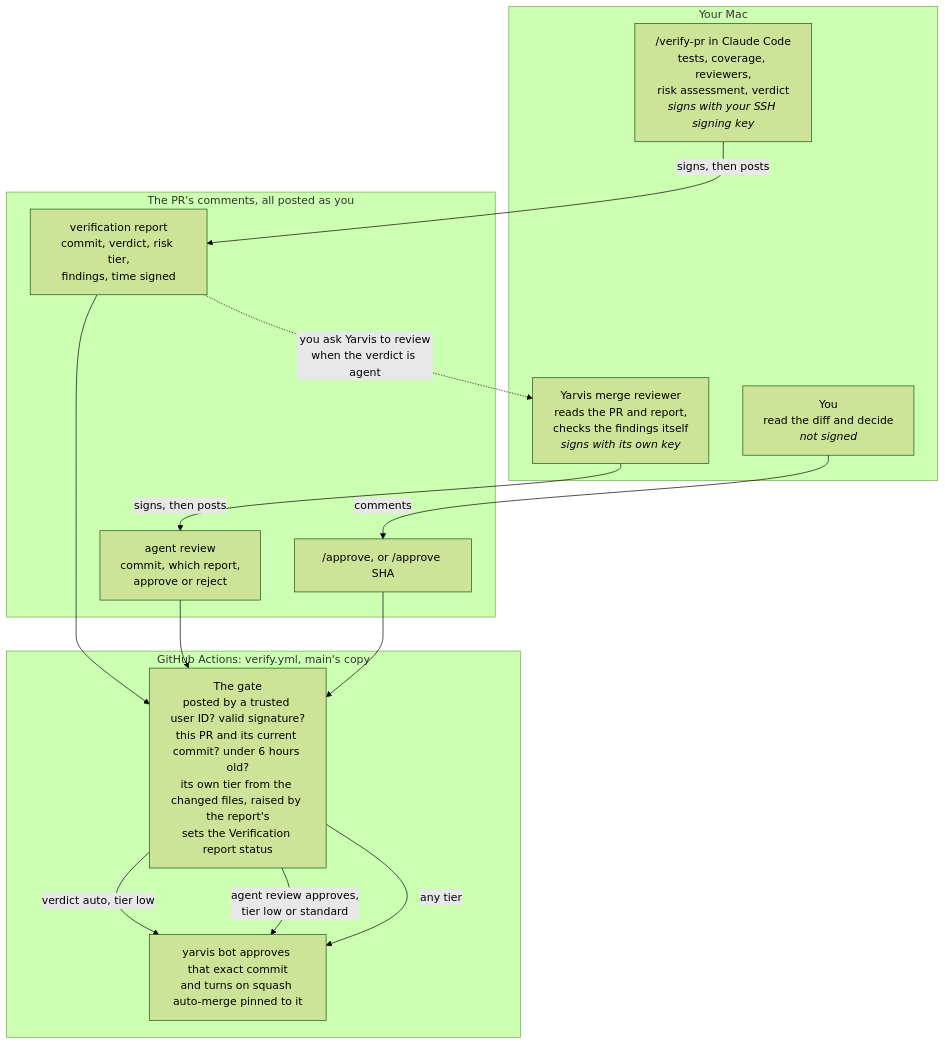
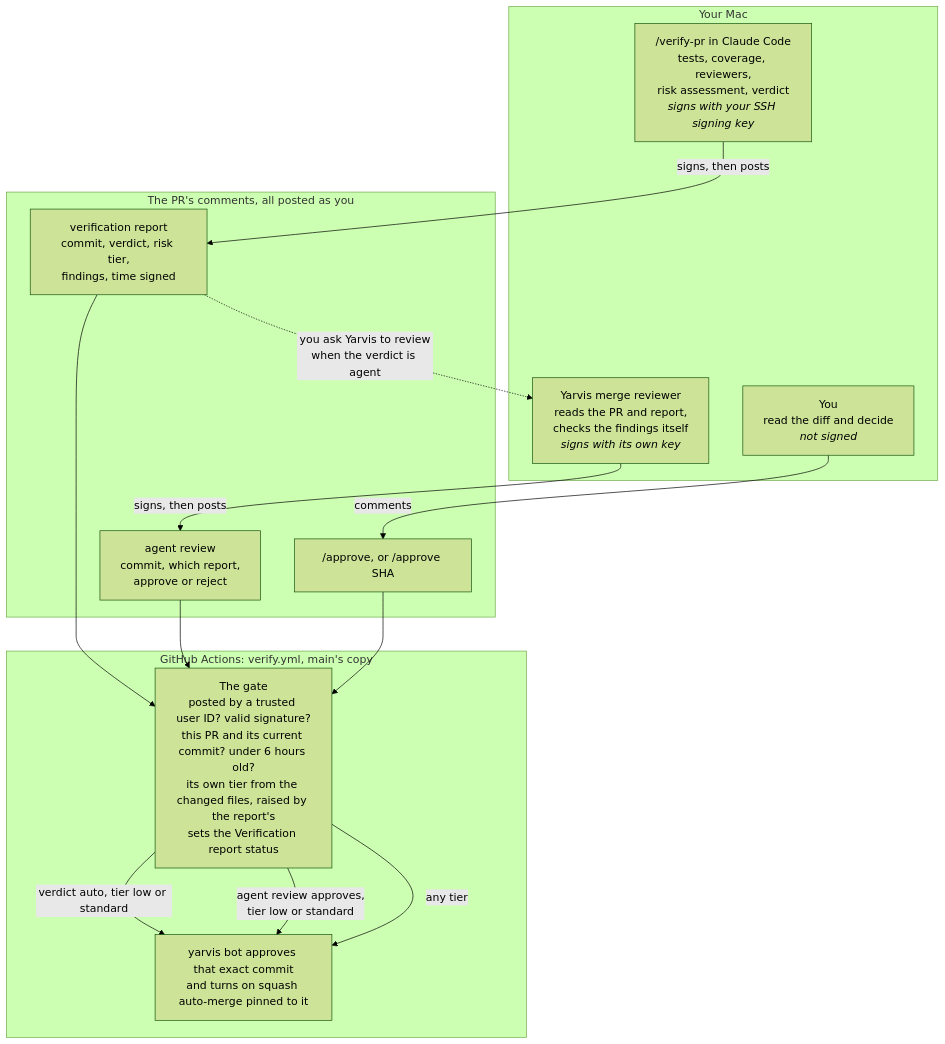
The diagram in docs/verification.md (bennettaur/yarvis), drawn with Mermaid (forest theme) before and after one commit. The commit also changed other lines of this file and 10 other files, not shown here.

First line of the commit message:
Let clean standard-risk PRs auto-merge and add a visual verdict

````diff
--- a/docs/verification.md
+++ b/docs/verification.md
@@ -14,30 +14,30 @@
 ```mermaid
 flowchart TB
   subgraph mac["Your Mac"]
     verify["/verify-pr in Claude Code<br/>tests, coverage, reviewers,<br/>risk assessment, verdict<br/><i>signs with your SSH signing key</i>"]
     reviewer["Yarvis merge reviewer<br/>reads the PR and report,<br/>checks the findings itself<br/><i>signs with its own key</i>"]
     you["You<br/>read the diff and decide<br/><i>not signed</i>"]
   end
 
   subgraph pr["The PR's comments, all posted as you"]
     report["verification report<br/>commit, verdict, risk tier,<br/>findings, time signed"]
     review["agent review<br/>commit, which report,<br/>approve or reject"]
     approve["/approve, or /approve SHA"]
   end
 
   subgraph ci["GitHub Actions: verify.yml, main's copy"]
     gate["The gate<br/>posted by a trusted user ID? valid signature?<br/>this PR and its current commit? under 6 hours old?<br/>its own tier from the changed files, raised by the report's<br/>sets the Verification report status"]
     bot["yarvis bot approves that exact commit<br/>and turns on squash auto-merge pinned to it"]
   end
 
   verify -- "signs, then posts" --> report
   report -. "you ask Yarvis to review<br/>when the verdict is agent" .-> reviewer
   reviewer -- "signs, then posts" --> review
   you -- "comments" --> approve
   report --> gate
   review --> gate
   approve --> gate
-  gate -- "verdict auto, tier low" --> bot
+  gate -- "verdict auto, tier low or standard" --> bot
   gate -- "agent review approves,<br/>tier low or standard" --> bot
   gate -- "any tier" --> bot
 ```
````
